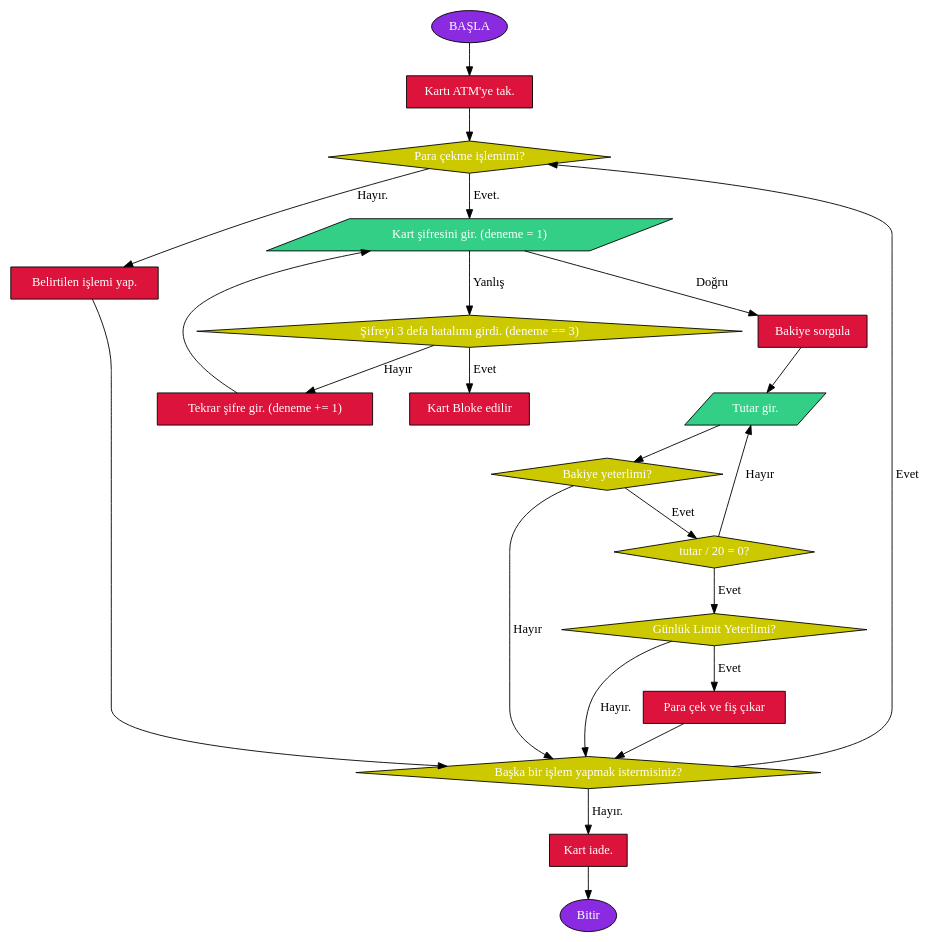
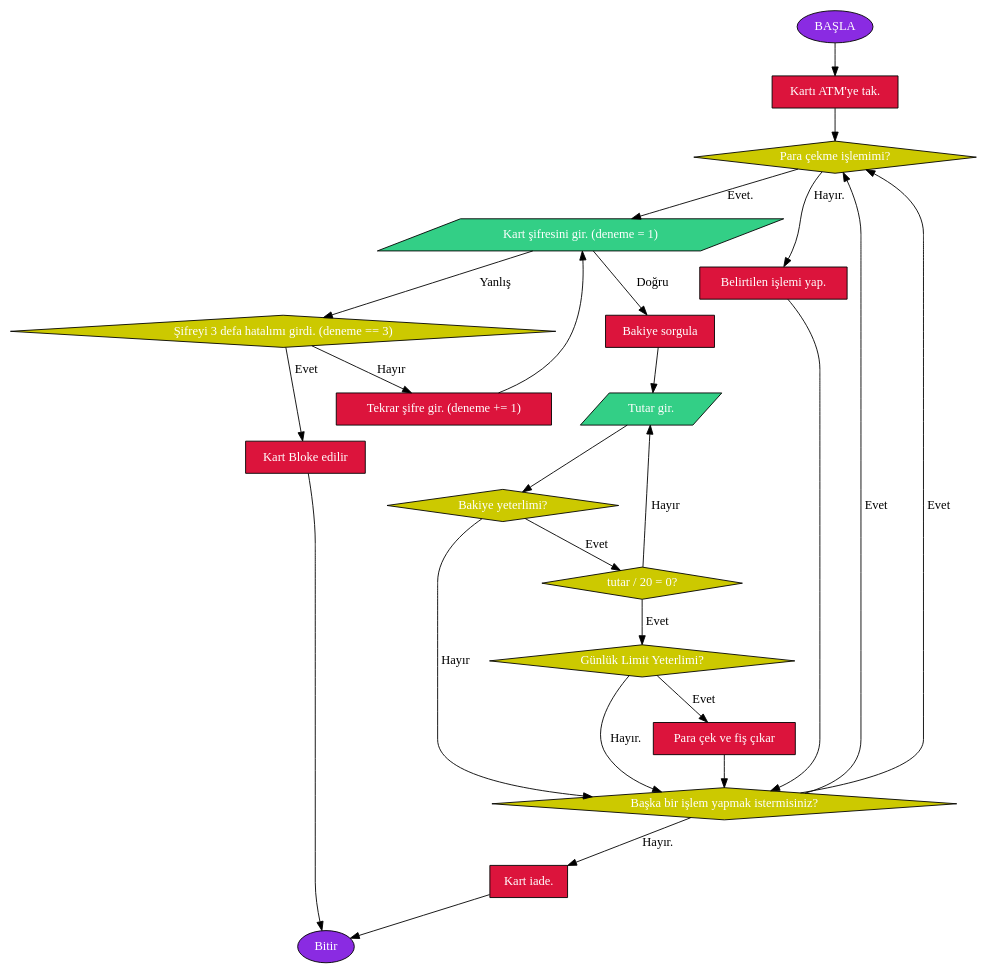
One commit to FiratUniversity-FerhatUcarsLAB/hafta-02-flowcharts-skulleven changed the diagram in TASK-1/flowchart.dot. Above: the diagram before and after it, drawn with Graphviz. The commit also changed 3 other files, not shown here.

```diff
--- a/TASK-1/flowchart.dot
+++ b/TASK-1/flowchart.dot
@@ -1,43 +1,45 @@
 digraph G {
     rankdir=TB;
     start [shape=oval, label="BAŞLA" style="filled", fillcolor=blueviolet, fontcolor=white];
     kart [shape=rectangle label="Kartı ATM'ye tak." style="filled", fillcolor=crimson, fontcolor=white]
     islem [shape=diamond label="Para çekme işlemimi?"style="filled", fillcolor="#ccc900", fontcolor=white]
     baskaislem [shape=rectangle label="Belirtilen işlemi yap." style="filled", fillcolor=crimson, fontcolor=white]
     sifre [shape=parallelogram label="Kart şifresini gir. (deneme = 1)" style="filled", fillcolor="#33cf86", fontcolor=white]
     sifreyanlis [shape=diamond label="Şifreyi 3 defa hatalımı girdi. (deneme == 3)" style="filled", fillcolor="#ccc900", fontcolor=white]
     sifreyanlisbloke [shape=rectangle label="Kart Bloke edilir" style="filled", fillcolor=crimson, fontcolor=white]
     sifreyanlishakkivar[shape=rectangle label="Tekrar şifre gir. (deneme += 1)" style="filled", fillcolor=crimson, fontcolor=white]
     sifredogru [shape=rectangle label="Bakiye sorgula" style="filled", fillcolor=crimson, fontcolor=white]
     tutar [shape=parallelogram label="Tutar gir." style="filled", fillcolor="#33cf86", fontcolor=white]
     bakiyekontrol [shape=diamond label="Bakiye yeterlimi?" style="filled", fillcolor="#ccc900", fontcolor=white]
     bakiyeyeterli [shape=diamond label="tutar / 20 = 0?" style="filled", fillcolor="#ccc900", fontcolor=white]
     yirmininkati [shape=diamond label="Günlük Limit Yeterlimi?" style="filled", fillcolor="#ccc900", fontcolor=white]
     limityeterli [shape=rectangle label="Para çek ve fiş çıkar"style="filled", fillcolor=crimson, fontcolor=white]
     baskabirislem [shape=diamond label="Başka bir işlem yapmak istermisiniz?" style="filled", fillcolor="#ccc900", fontcolor=white]
     kartiade [shape=rectangle label="Kart iade."style="filled", fillcolor=crimson, fontcolor=white]
     Bitir [shape= oval style="filled", fillcolor=blueviolet, fontcolor=white]
 
 
     start -> kart;
     kart -> islem
     islem -> baskaislem [label="Hayır."]
     islem -> sifre [label="Evet."]
     sifre -> sifreyanlis [label="Yanlış"]
     sifreyanlis -> sifreyanlisbloke [label="Evet"]
     sifreyanlis -> sifreyanlishakkivar [label="Hayır"]
     sifreyanlishakkivar -> sifre
     sifre -> sifredogru [label="Doğru"]
     sifredogru -> tutar -> bakiyekontrol
     bakiyekontrol -> baskabirislem [label="Hayır"]
     bakiyekontrol -> bakiyeyeterli [label="Evet"]
     bakiyeyeterli -> tutar [label="Hayır"]
     bakiyeyeterli -> yirmininkati [label="Evet"]
     yirmininkati -> limityeterli [label="Evet"]
     yirmininkati -> baskabirislem [label="Hayır."]
     limityeterli -> baskabirislem
     baskabirislem -> islem [label="Evet"]
     baskabirislem -> kartiade [label="Hayır."]
     baskaislem -> baskabirislem
+    baskabirislem -> islem [label="Evet"]
     kartiade -> Bitir 
+    sifreyanlisbloke -> Bitir
 }
```
